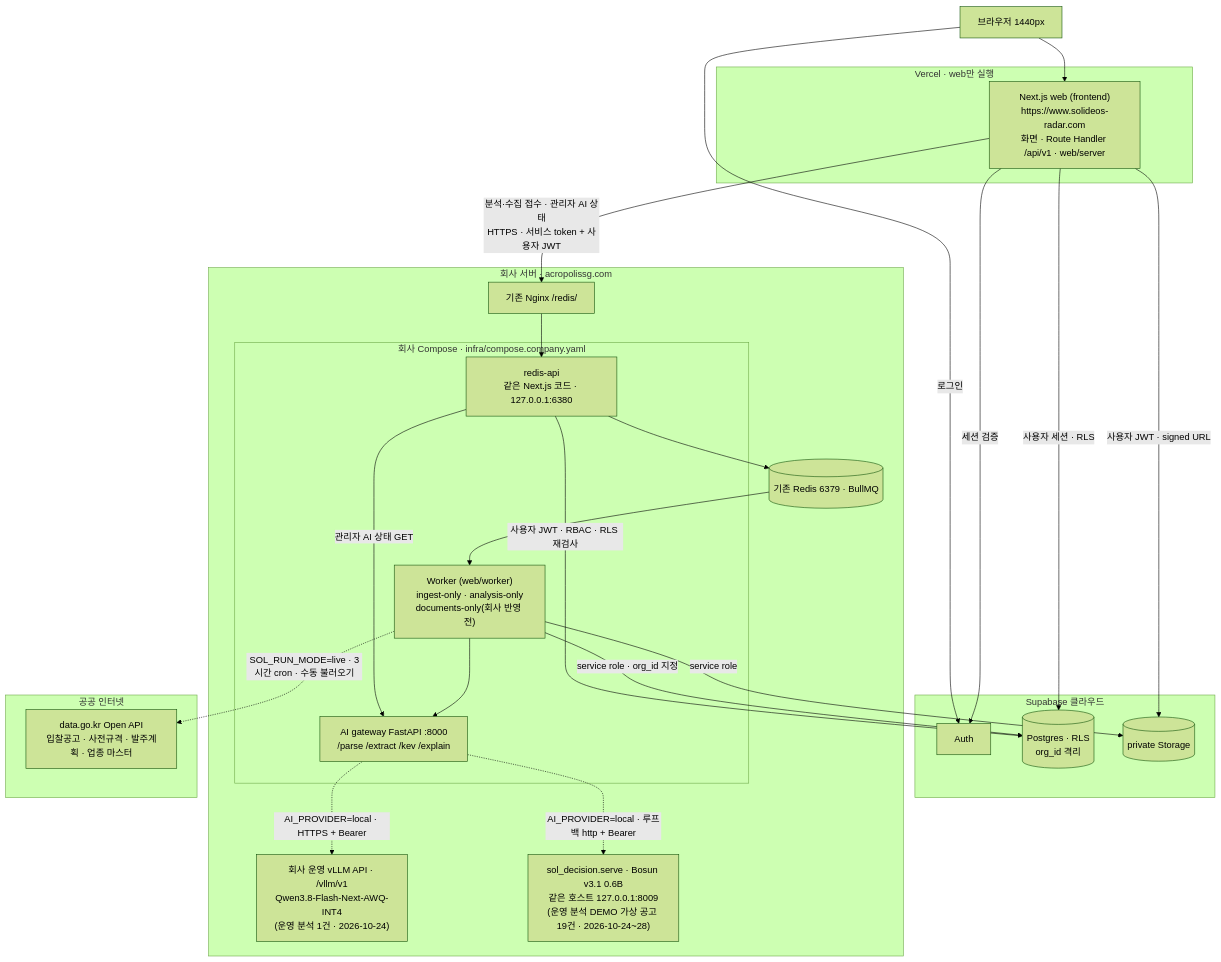
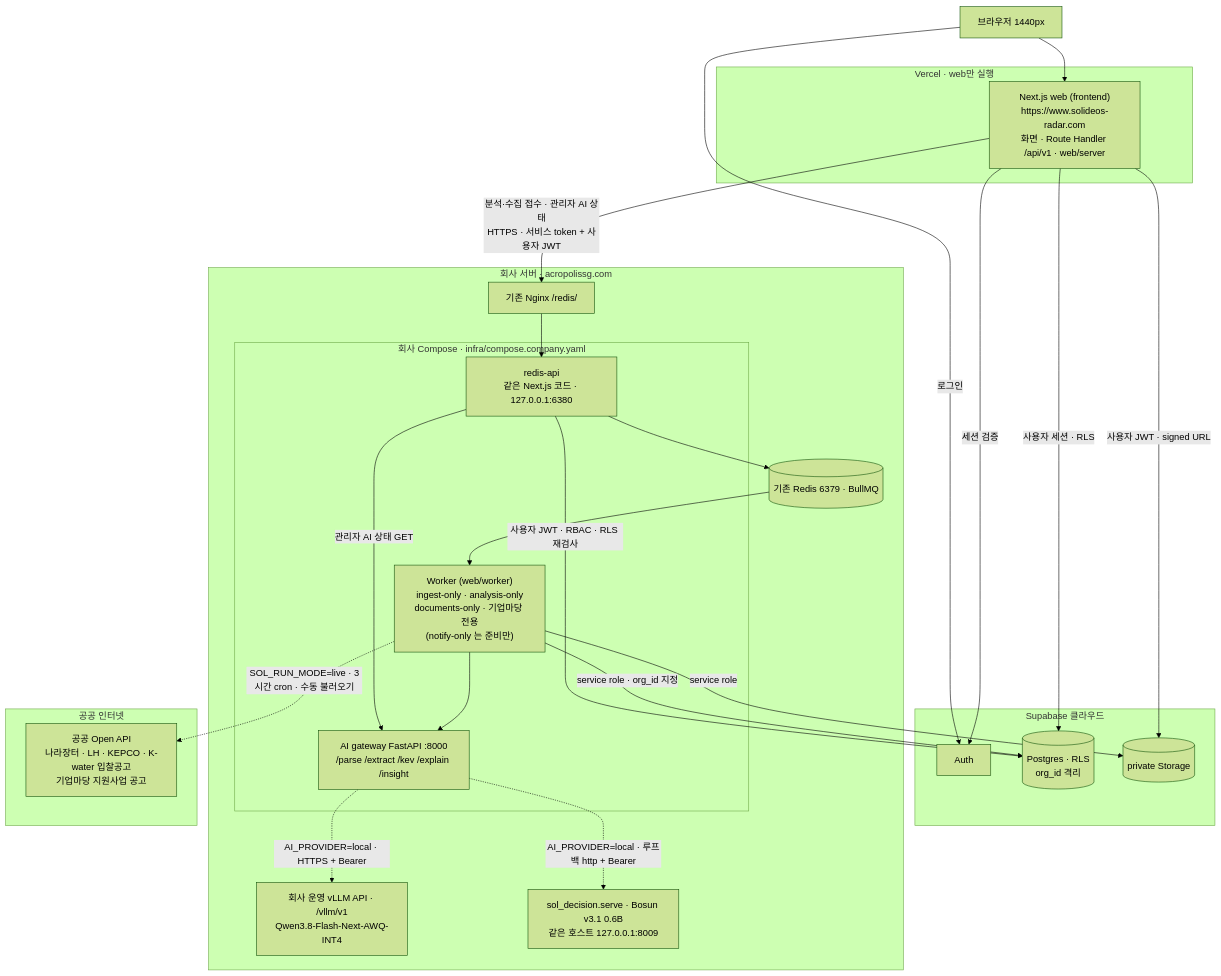
The first of 3 diagrams in docs/submission/architecture.md (solideoai/sol-radar), drawn with Mermaid (forest theme) before and after one commit. The commit also changed other lines of this file and 13 other files, not shown here.

````diff
--- a/docs/submission/architecture.md
+++ b/docs/submission/architecture.md
@@ -22,42 +22,42 @@
 ```mermaid
 flowchart TB
  B["브라우저 1440px"] --> V
  subgraph vercel[Vercel · web만 실행]
   V["Next.js web (frontend)<br/>https://www.solideos-radar.com<br/>화면 · Route Handler /api/v1 · web/server"]
  end
  subgraph supabase[Supabase 클라우드]
   SA["Auth"]
   PG[("Postgres · RLS<br/>org_id 격리")]
   ST[("private Storage")]
  end
  subgraph company["회사 서버 · acropolissg.com"]
   NG["기존 Nginx /redis/"]
   subgraph cc["회사 Compose · infra/compose.company.yaml"]
    RA["redis-api<br/>같은 Next.js 코드 · 127.0.0.1:6380"]
-   WK["Worker (web/worker)<br/>ingest-only · analysis-only<br/>documents-only(회사 반영 전)"]
-   AI["AI gateway FastAPI :8000<br/>/parse /extract /kev /explain"]
+   WK["Worker (web/worker)<br/>ingest-only · analysis-only<br/>documents-only · 기업마당 전용<br/>(notify-only 는 준비만)"]
+   AI["AI gateway FastAPI :8000<br/>/parse /extract /kev /explain /insight"]
   end
   R[("기존 Redis 6379 · BullMQ")]
-  QW["회사 운영 vLLM API · /vllm/v1<br/>Qwen3.8-Flash-Next-AWQ-INT4<br/>(운영 분석 1건 · 2026-10-24)"]
-  KV["sol_decision.serve · Bosun v3.1 0.6B<br/>같은 호스트 127.0.0.1:8009<br/>(운영 분석 DEMO 가상 공고 19건 · 2026-10-24~28)"]
+  QW["회사 운영 vLLM API · /vllm/v1<br/>Qwen3.8-Flash-Next-AWQ-INT4"]
+  KV["sol_decision.serve · Bosun v3.1 0.6B<br/>같은 호스트 127.0.0.1:8009"]
  end
  subgraph public[공공 인터넷]
-  G2B["data.go.kr Open API<br/>입찰공고 · 사전규격 · 발주계획 · 업종 마스터"]
+  G2B["공공 Open API<br/>나라장터 · LH · KEPCO · K-water 입찰공고<br/>기업마당 지원사업 공고"]
  end
  B -- 로그인 --> SA
  V -- 세션 검증 --> SA
  V -- 사용자 세션 · RLS --> PG
  V -- 사용자 JWT · signed URL --> ST
  V -- "분석·수집 접수 · 관리자 AI 상태<br/>HTTPS · 서비스 token + 사용자 JWT" --> NG
  NG --> RA
  RA -- 사용자 JWT · RBAC · RLS 재검사 --> PG
  RA --> R
  RA -- 관리자 AI 상태 GET --> AI
  R --> WK
  WK --> AI
  WK -- service role · org_id 지정 --> PG
  WK -- service role --> ST
  WK -. "SOL_RUN_MODE=live · 3시간 cron · 수동 불러오기" .-> G2B
  AI -. AI_PROVIDER=local · HTTPS + Bearer .-> QW
  AI -. AI_PROVIDER=local · 루프백 http + Bearer .-> KV
 ```
````
